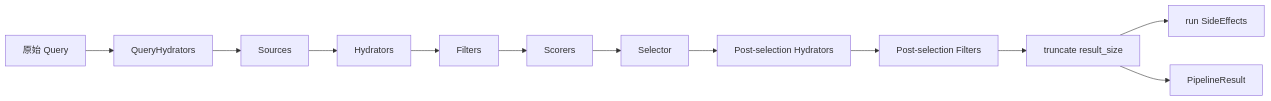
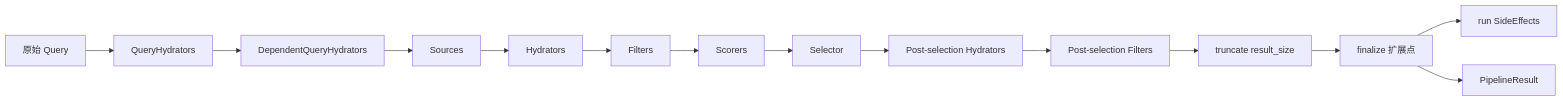
The diagram in docs/candidate-pipeline/01-framework-overview.md (freefcw/x-algorithm), drawn with Mermaid before and after one commit. The commit also changed other lines of this file and 44 other files, not shown here.

````diff
--- a/docs/candidate-pipeline/01-framework-overview.md
+++ b/docs/candidate-pipeline/01-framework-overview.md
@@ -105,14 +106,16 @@
 ```mermaid
 flowchart LR
     A[原始 Query] --> B[QueryHydrators]
-    B --> C[Sources]
+    B --> B2[DependentQueryHydrators]
+    B2 --> C[Sources]
     C --> D[Hydrators]
     D --> E[Filters]
     E --> F[Scorers]
     F --> G[Selector]
     G --> H[Post-selection Hydrators]
     H --> I[Post-selection Filters]
     I --> J[truncate result_size]
-    J --> K[run SideEffects]
-    J --> L[PipelineResult]
+    J --> J2[finalize 扩展点]
+    J2 --> K[run SideEffects]
+    J2 --> L[PipelineResult]
 ```
````
